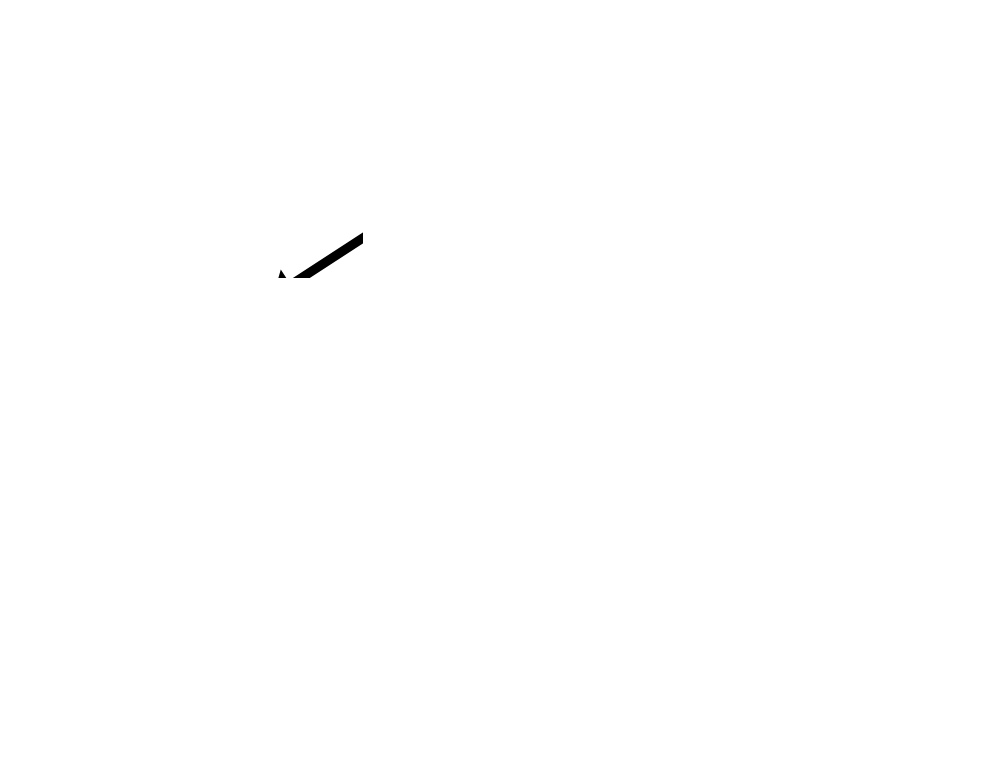
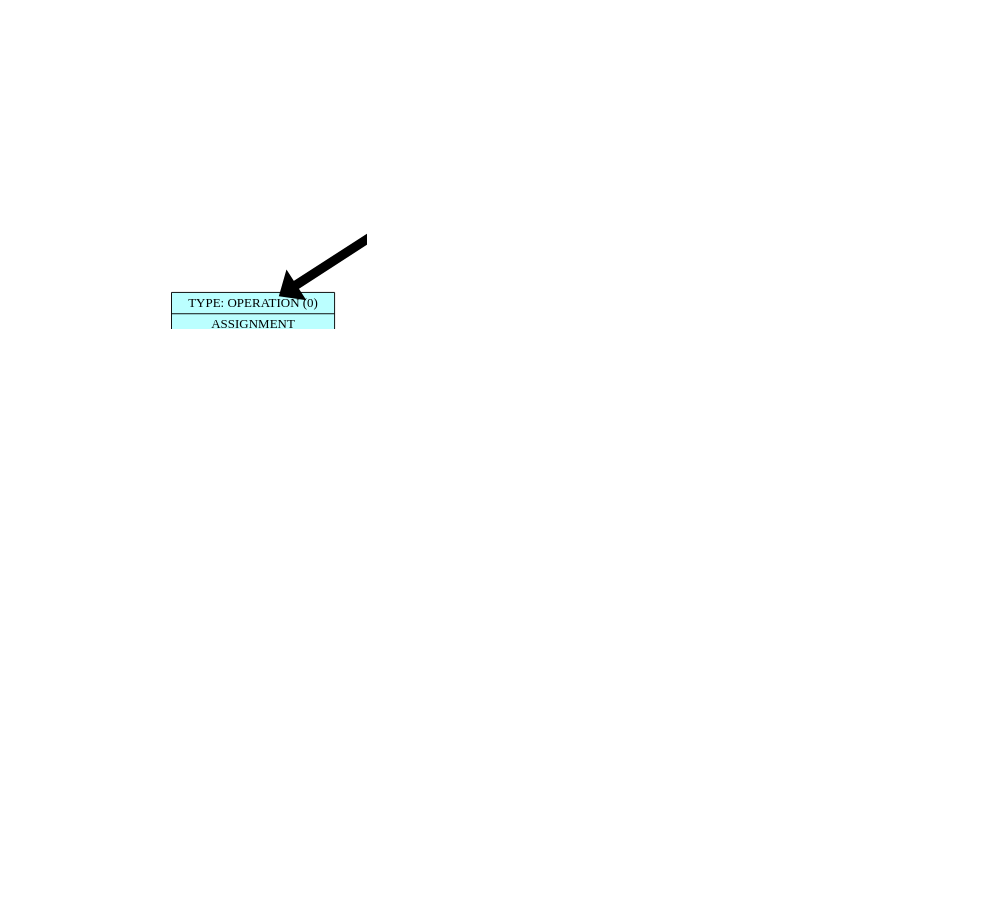
Before and after one commit to Troll0ton/Trollanguage: the diagram in frontend/dump/list_graph.dot, drawn with Graphviz. The commit also changed 24 other files, not shown here.

```diff
--- a/frontend/dump/list_graph.dot
+++ b/frontend/dump/list_graph.dot
@@ -1,50 +1,59 @@
 digraph structs {    
 rankdir = TB;        
 graph [dpi = 200];   
 ranksep = 1.5;       
 edge[penwidth = 10]; 
 cell0 [style = filled, color = black, shape=record, 
 fillcolor = paleturquoise1, label = " { <ptr> TYPE: OPERATION (0) | SEQUENCE} " ];                         
 cell1 [style = filled, color = black, shape=record, 
 fillcolor = paleturquoise1, label = " { <ptr> TYPE: OPERATION (0) | SEQUENCE} " ];                         
 cell2 [style = filled, color = black, shape=record, 
 fillcolor = paleturquoise1, label = " { <ptr> TYPE: OPERATION (0) | ASSIGNMENT} " ];                         
 cell3 [style = filled, color = black, shape=record, 
 fillcolor = darkolivegreen2, label = " { <ptr> TYPE: VARIABLE (4) | x} " ];                         
 cell4 [style = filled, color = black, shape=record, 
+fillcolor = paleturquoise1, label = " { <ptr> TYPE: OPERATION (0) | CALL} " ];                         
+cell5 [style = filled, color = black, shape=record, 
+fillcolor = darkolivegreen2, label = " { <ptr> TYPE: VARIABLE (4) | n} " ];                         
+cell6 [style = filled, color = black, shape=record, 
+fillcolor = paleturquoise1, label = " { <ptr> TYPE: OPERATION (0) | FUNCT} " ];                         
+cell7 [style = filled, color = black, shape=record, 
+fillcolor = darkolivegreen2, label = " { <ptr> TYPE: VARIABLE (4) | n} " ];                         
+cell8 [style = filled, color = black, shape=record, 
+fillcolor = paleturquoise1, label = " { <ptr> TYPE: OPERATION (0) | BODY} " ];                         
+cell9 [style = filled, color = black, shape=record, 
+fillcolor = paleturquoise1, label = " { <ptr> TYPE: OPERATION (0) | SEQUENCE} " ];                         
+cell10 [style = filled, color = black, shape=record, 
+fillcolor = paleturquoise1, label = " { <ptr> TYPE: OPERATION (0) | ASSIGNMENT} " ];                         
+cell11 [style = filled, color = black, shape=record, 
+fillcolor = darkolivegreen2, label = " { <ptr> TYPE: VARIABLE (4) | y} " ];                         
+cell12 [style = filled, color = black, shape=record, 
+fillcolor = coral2, label = " { <ptr> TYPE: NUMERIC (4) | 200} " ];                         
+cell13 [style = filled, color = black, shape=record, 
 fillcolor = coral2, label = " { <ptr> TYPE: NUMERIC (4) | 100} " ];                         
-cell5 [style = filled, color = black, shape=record, 
-fillcolor = paleturquoise1, label = " { <ptr> TYPE: OPERATION (0) | FUNCT} " ];                         
-cell6 [style = filled, color = black, shape=record, 
-fillcolor = darkolivegreen2, label = " { <ptr> TYPE: VARIABLE (4) | n} " ];                         
-cell7 [style = filled, color = black, shape=record, 
-fillcolor = paleturquoise1, label = " { <ptr> TYPE: OPERATION (0) | BODY} " ];                         
-cell8 [style = filled, color = black, shape=record, 
-fillcolor = paleturquoise1, label = " { <ptr> TYPE: OPERATION (0) | ASSIGNMENT} " ];                         
-cell9 [style = filled, color = black, shape=record, 
-fillcolor = darkolivegreen2, label = " { <ptr> TYPE: VARIABLE (4) | y} " ];                         
-cell10 [style = filled, color = black, shape=record, 
-fillcolor = coral2, label = " { <ptr> TYPE: NUMERIC (4) | 777} " ];                         
-cell11 [style = filled, color = black, shape=record, 
+cell14 [style = filled, color = black, shape=record, 
 fillcolor = paleturquoise1, label = " { <ptr> TYPE: OPERATION (4) | print} " ];                         
-cell12 [style = filled, color = black, shape=record, 
+cell15 [style = filled, color = black, shape=record, 
 fillcolor = paleturquoise1, label = " { <ptr> TYPE: OPERATION (1) | +} " ];                         
-cell13 [style = filled, color = black, shape=record, 
+cell16 [style = filled, color = black, shape=record, 
 fillcolor = darkolivegreen2, label = " { <ptr> TYPE: VARIABLE (4) | x} " ];                         
-cell14 [style = filled, color = black, shape=record, 
+cell17 [style = filled, color = black, shape=record, 
 fillcolor = darkolivegreen2, label = " { <ptr> TYPE: VARIABLE (4) | y} " ];                         
 cell0 -> cell1;
 cell1 -> cell2;
 cell2 -> cell3;
 cell2 -> cell4;
-cell1 -> cell5;
-cell5 -> cell6;
-cell5 -> cell7;
-cell7 -> cell8;
+cell4 -> cell5;
+cell1 -> cell6;
+cell6 -> cell7;
+cell6 -> cell8;
 cell8 -> cell9;
-cell8 -> cell10;
-cell0 -> cell11;
-cell11 -> cell12;
-cell12 -> cell13;
-cell12 -> cell14;
+cell9 -> cell10;
+cell10 -> cell11;
+cell10 -> cell12;
+cell9 -> cell13;
+cell0 -> cell14;
+cell14 -> cell15;
+cell15 -> cell16;
+cell15 -> cell17;
 }
```
